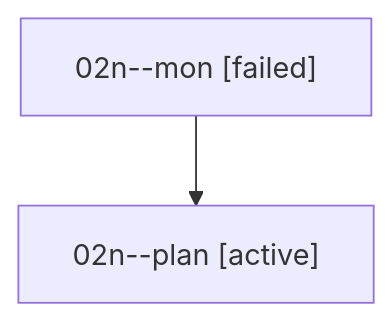
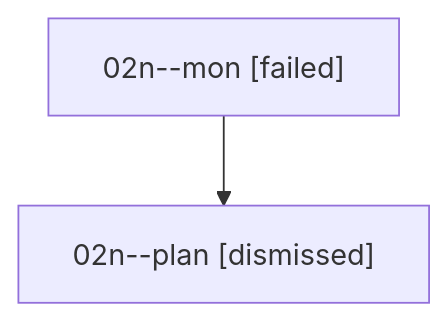
Before and after one commit to sase-org/sase--agents: the diagram in sessions/bbugyi200.athena.02n.md, drawn with Mermaid. The commit also changed other lines of this file and 25 other files, not shown here.

````diff
--- a/sessions/bbugyi200.athena.02n.md
+++ b/sessions/bbugyi200.athena.02n.md
@@ -9,6 +9,6 @@
 ```mermaid
 flowchart TD
   n0["02n--mon [failed]"]
-  n1["02n--plan [active]"]
+  n1["02n--plan [dismissed]"]
   n0 --> n1
 ```
````
